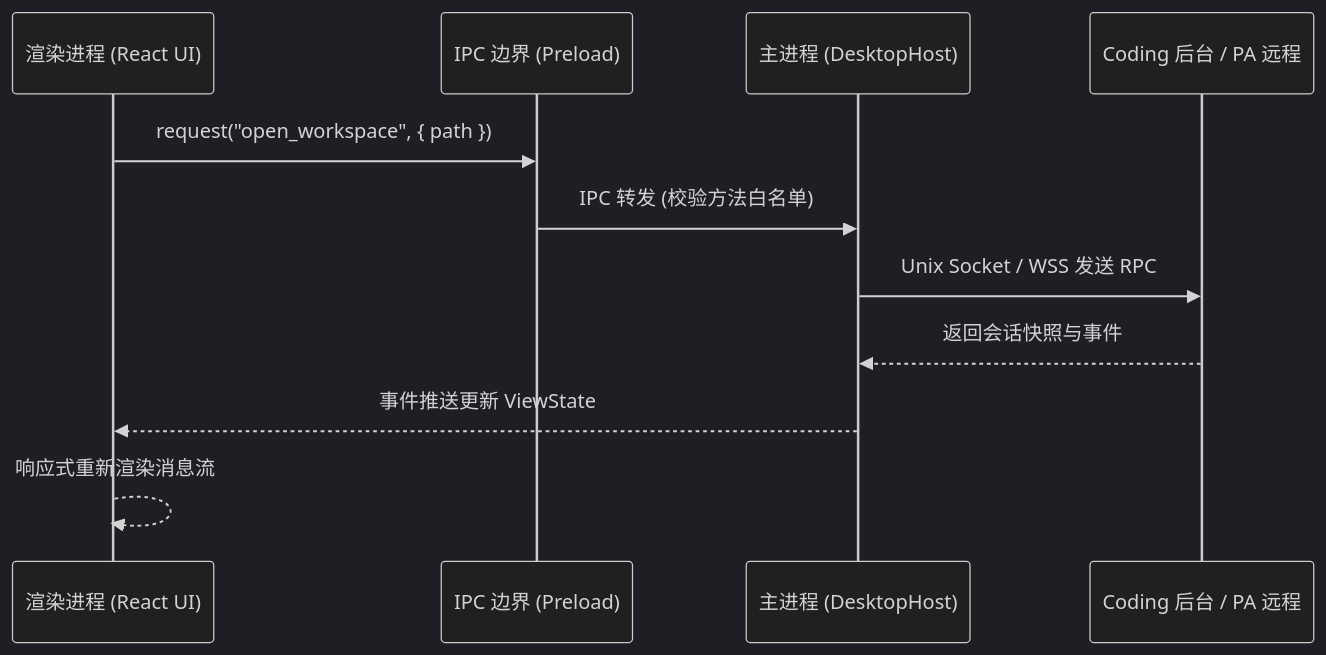
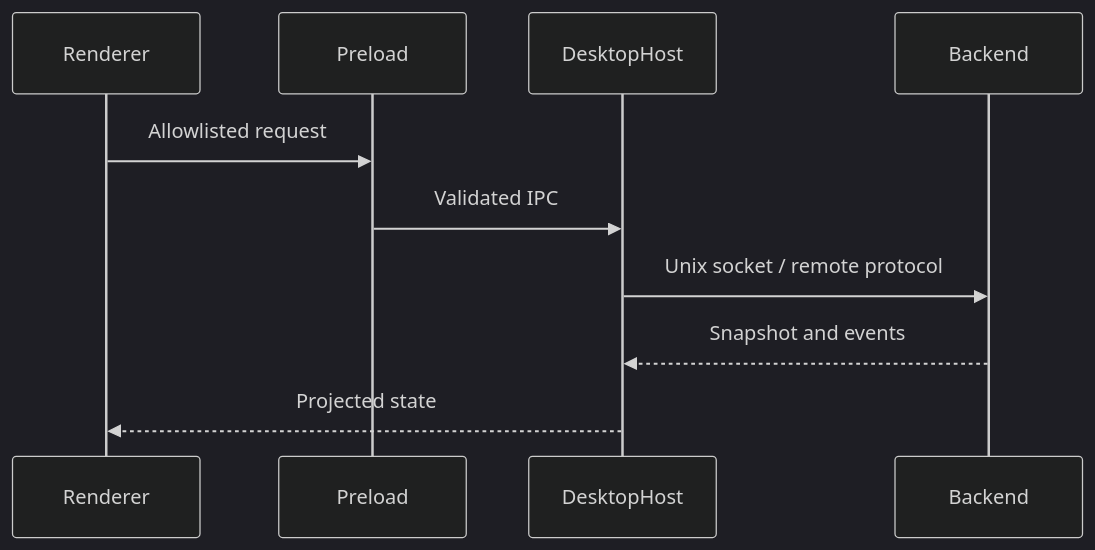
One commit to num-lab/Ruukoto changed the second of 3 diagrams in docs/modules/desktop.md. Above: the diagram before and after it, drawn with Mermaid (dark theme). The commit also changed other lines of this file and 3987 other files, not shown here.

````diff
--- a/docs/modules/desktop.md
+++ b/docs/modules/desktop.md
@@ -82,14 +56,12 @@
 ```mermaid
 sequenceDiagram
-  participant Renderer as 渲染进程 (React UI)
-  participant Preload as IPC 边界 (Preload)
-  participant Main as 主进程 (DesktopHost)
-  participant Backend as Coding 后台 / PA 远程
-
-  Renderer->>Preload: request("open_workspace", { path })
-  Preload->>Main: IPC 转发 (校验方法白名单)
-  Main->>Backend: Unix Socket / WSS 发送 RPC
-  Backend-->>Main: 返回会话快照与事件
-  Main-->>Renderer: 事件推送更新 ViewState
-  Renderer-->>Renderer: 响应式重新渲染消息流
+  participant UI as Renderer
+  participant Bridge as Preload
+  participant Host as DesktopHost
+  participant Backend
+  UI->>Bridge: Allowlisted request
+  Bridge->>Host: Validated IPC
+  Host->>Backend: Unix socket / remote protocol
+  Backend-->>Host: Snapshot and events
+  Host-->>UI: Projected state
 ```
````
